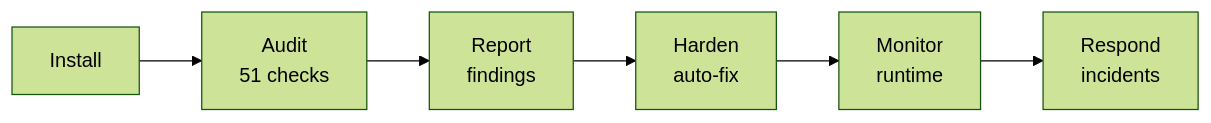
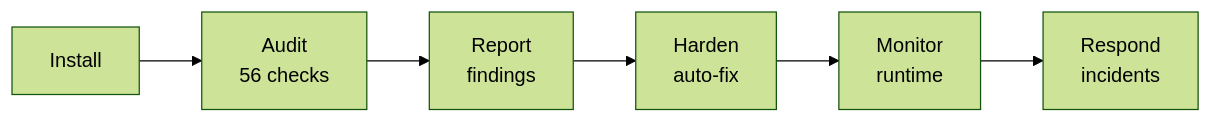
Before and after one commit to dasha-512/secureclaw: the second of 2 diagrams in README.md, drawn with Mermaid (forest theme). The commit also changed other lines of this file and 1 other file, not shown here.

````diff
--- a/README.md
+++ b/README.md
@@ -37,8 +37,8 @@
 ```mermaid
 flowchart LR
-    Install["Install"] --> Audit["Audit<br/>51 checks"]
+    Install["Install"] --> Audit["Audit<br/>56 checks"]
     Audit --> Report["Report<br/>findings"]
     Report --> Harden["Harden<br/>auto-fix"]
     Harden --> Monitor["Monitor<br/>runtime"]
     Monitor --> Respond["Respond<br/>incidents"]
 ```
````
